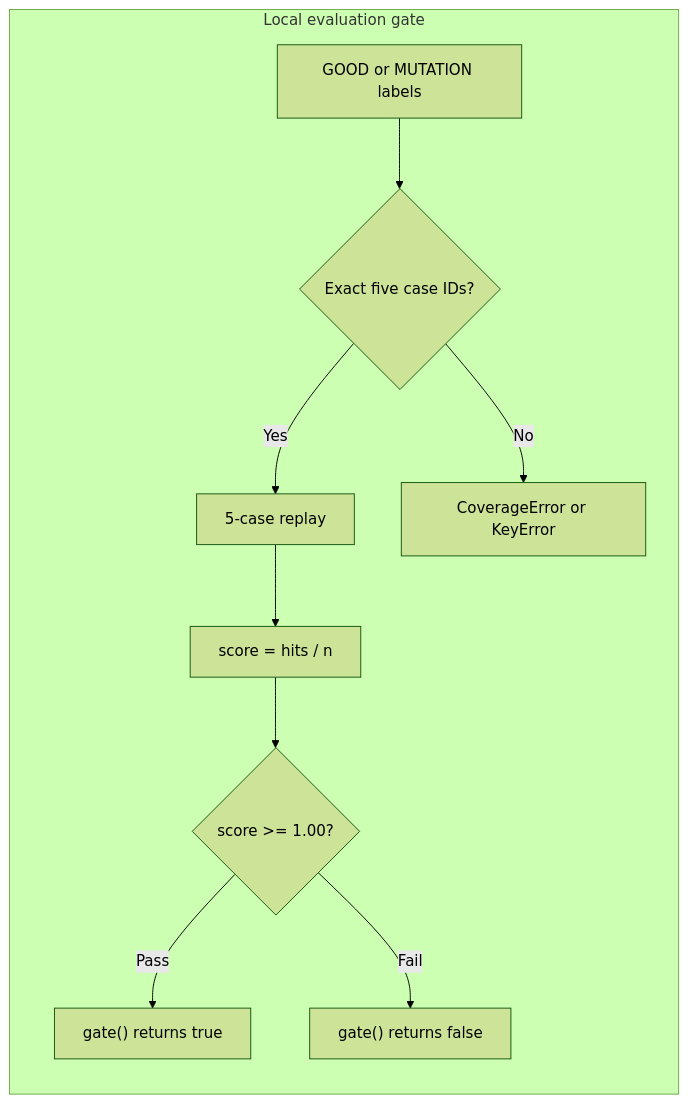
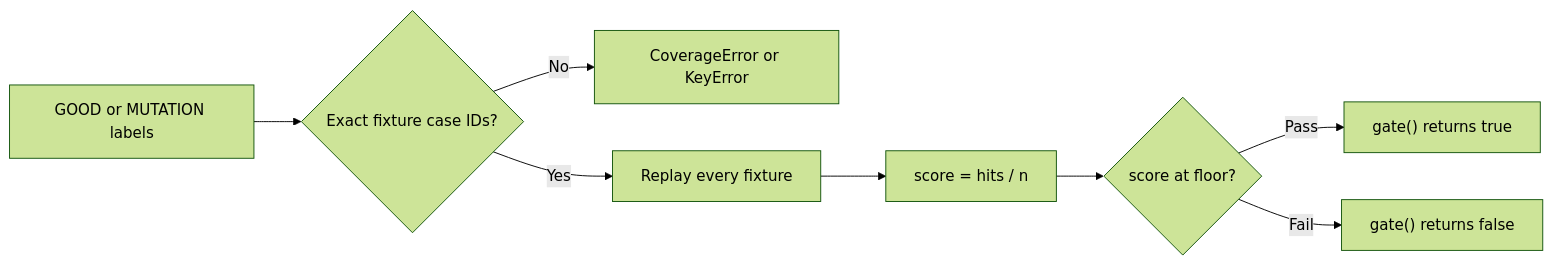
One commit to ChunkyTortoise/llm-reviewer-path changed the second of 2 diagrams in README.md. Above: the diagram before and after it, drawn with Mermaid (forest theme). The commit also changed other lines of this file, not shown here.

First line of the commit message:
Rewrite README around eval gates, approval-bound writes and idempotent retries

````diff
--- a/README.md
+++ b/README.md
@@ -147,12 +93,10 @@
 ```mermaid
 flowchart LR
-    subgraph Gate["Local evaluation gate"]
-        Cand["GOOD or MUTATION labels"] --> Coverage{"Exact five case IDs?"}
-        Coverage -->|Yes| Replay["5-case replay"]
-        Coverage -->|No| Reject["CoverageError or KeyError"]
-        Replay --> Eval["score = hits / n"]
-        Eval --> Floor{"score >= 1.00?"}
-        Floor -->|Pass| Allow["gate() returns true"]
-        Floor -->|Fail| Block["gate() returns false"]
-    end
+    Cand["GOOD or MUTATION labels"] --> Coverage{"Exact fixture case IDs?"}
+    Coverage -->|No| Reject["CoverageError or KeyError"]
+    Coverage -->|Yes| Replay["Replay every fixture"]
+    Replay --> Eval["score = hits / n"]
+    Eval --> Floor{"score at floor?"}
+    Floor -->|Pass| Allow["gate() returns true"]
+    Floor -->|Fail| Block["gate() returns false"]
 ```
````
